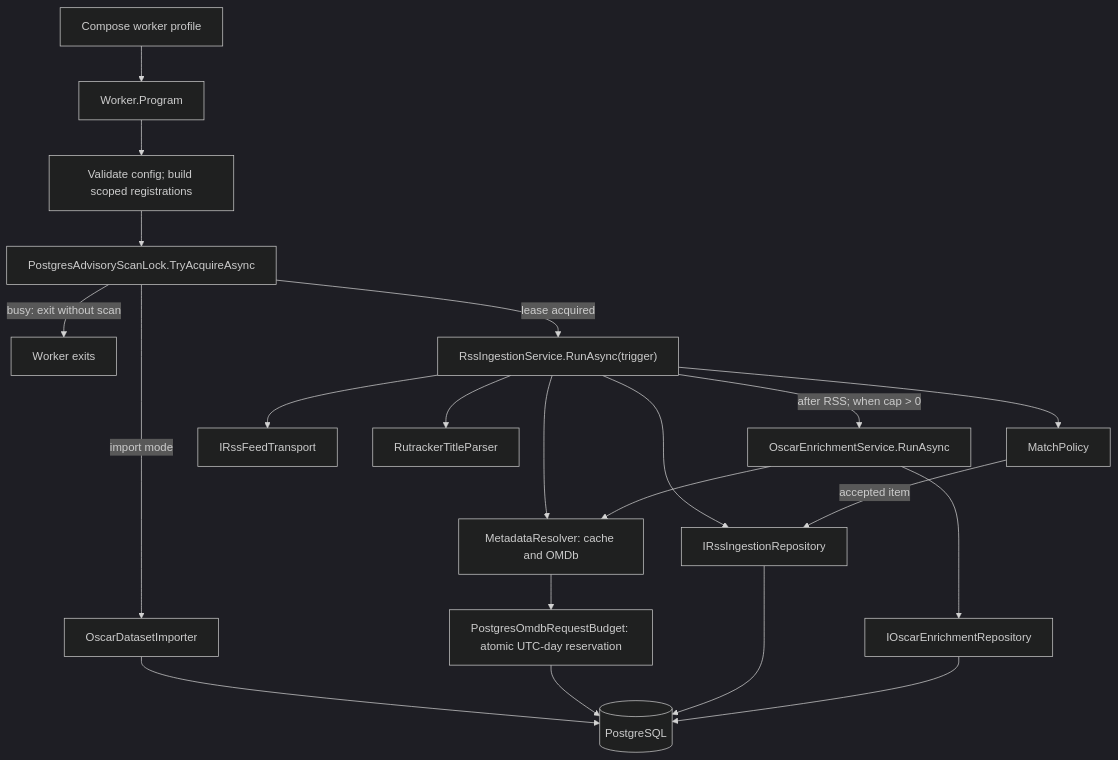
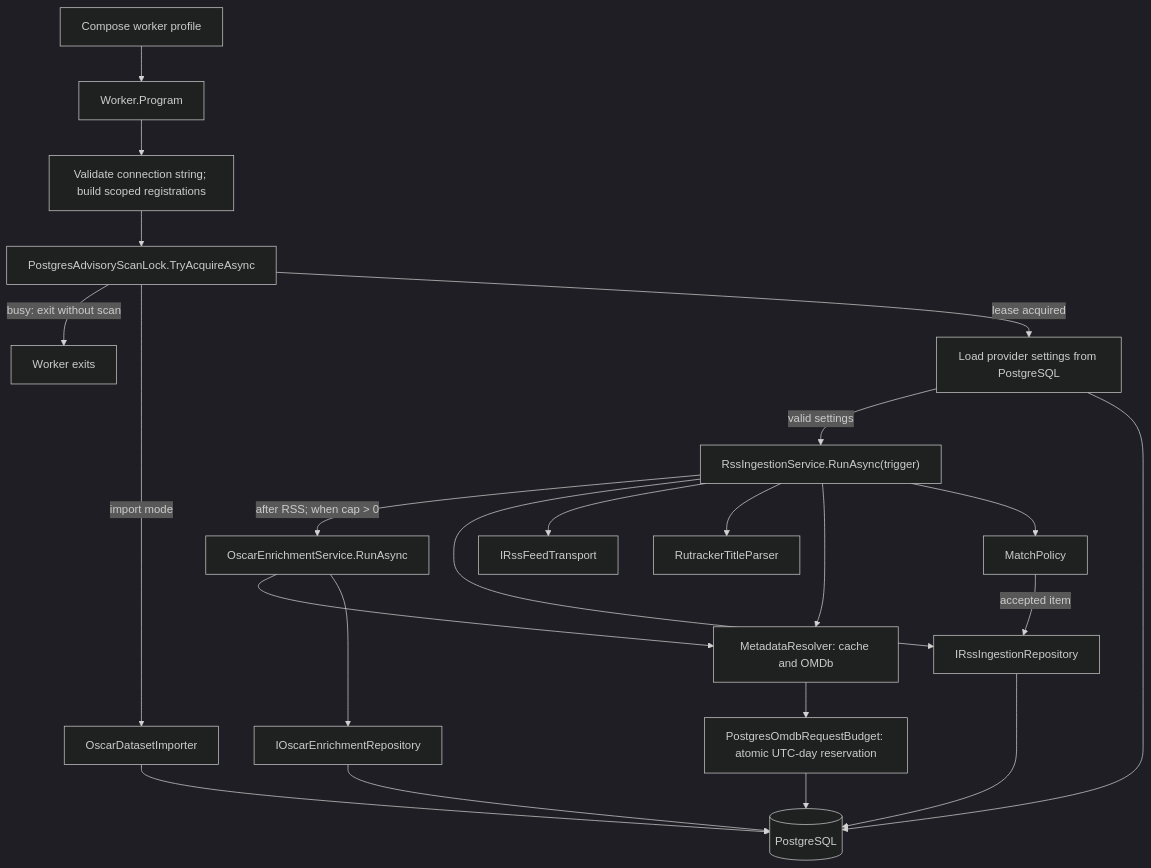
One commit to ValeriDublekov/MediaDock changed the third of 4 diagrams in next/docs/ai/ARCHITECTURE.md. Above: the diagram before and after it, drawn with Mermaid (dark theme). The commit also changed other lines of this file and 39 other files, not shown here.

````diff
--- a/next/docs/ai/ARCHITECTURE.md
+++ b/next/docs/ai/ARCHITECTURE.md
@@ -54,23 +54,25 @@
 ```mermaid
 flowchart TD
     compose["Compose worker profile"] --> entry["Worker.Program"]
-    entry --> wiring["Validate config; build scoped registrations"]
+    entry --> wiring["Validate connection string; build scoped registrations"]
     wiring --> lock["PostgresAdvisoryScanLock.TryAcquireAsync"]
     lock -->|"busy: exit without scan"| exit["Worker exits"]
     lock -->|"import mode"| oscarImport["OscarDatasetImporter"]
     oscarImport --> db[("PostgreSQL")]
-    lock -->|"lease acquired"| usecase["RssIngestionService.RunAsync(trigger)"]
+    lock -->|"lease acquired"| runtime["Load provider settings from PostgreSQL"]
+    runtime -->|"valid settings"| usecase["RssIngestionService.RunAsync(trigger)"]
+    runtime --> db
     usecase -->|"after RSS; when cap > 0"| enrichment["OscarEnrichmentService.RunAsync"]
     usecase --> repo["IRssIngestionRepository"]
     usecase --> feed["IRssFeedTransport"]
     usecase --> parser["RutrackerTitleParser"]
     usecase --> metadata["MetadataResolver: cache and OMDb"]
     enrichment --> metadata
     metadata --> budget["PostgresOmdbRequestBudget: atomic UTC-day reservation"]
     budget --> db[("PostgreSQL")]
     enrichment --> oscarRepo["IOscarEnrichmentRepository"]
     usecase --> match["MatchPolicy"]
     match -->|"accepted item"| repo
     repo --> db[("PostgreSQL")]
     oscarRepo --> db
 ```
````
